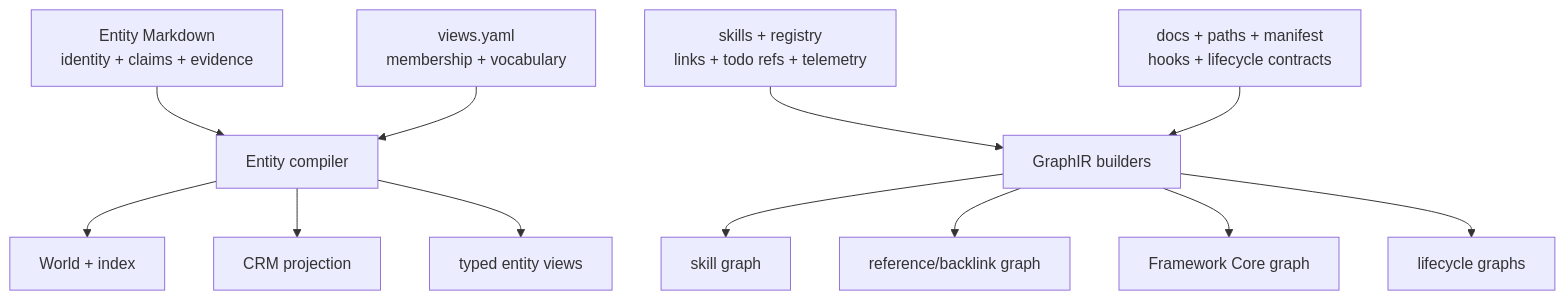
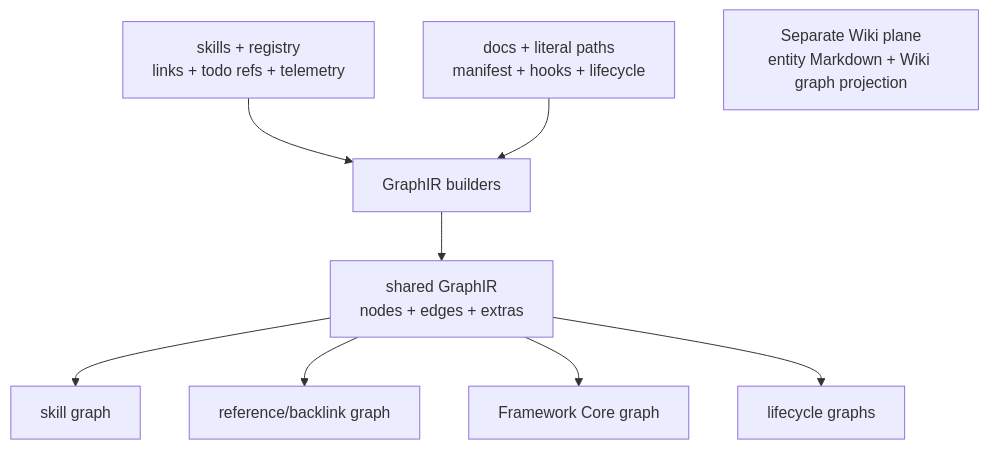
One commit to ZanarkandTechnologies/Farplane changed the diagram in docs/systems/graph-systems.md. Above: the diagram before and after it, drawn with Mermaid. The commit also changed other lines of this file and 110 other files, not shown here.

````diff
--- a/docs/systems/graph-systems.md
+++ b/docs/systems/graph-systems.md
@@ -168,15 +127,11 @@
 ```mermaid
 flowchart TD
-  entityMd["Entity Markdown<br/>identity + claims + evidence"] --> entityCompiler["Entity compiler"]
-  viewSchema["views.yaml<br/>membership + vocabulary"] --> entityCompiler
-  entityCompiler --> world["World + index"]
-  entityCompiler --> crm["CRM projection"]
-  entityCompiler --> typed["typed entity views"]
-
-  skills["skills + registry<br/>links + todo refs + telemetry"] --> graphBuilders["GraphIR builders"]
-  repo["docs + paths + manifest<br/>hooks + lifecycle contracts"] --> graphBuilders
-  graphBuilders --> skillGraph["skill graph"]
-  graphBuilders --> backlinks["reference/backlink graph"]
-  graphBuilders --> framework["Framework Core graph"]
-  graphBuilders --> lifecycle["lifecycle graphs"]
+  skills["skills + registry<br/>links + todo refs + telemetry"] --> builders["GraphIR builders"]
+  repo["docs + literal paths<br/>manifest + hooks + lifecycle"] --> builders
+  builders --> graphir["shared GraphIR<br/>nodes + edges + extras"]
+  graphir --> skillGraph["skill graph"]
+  graphir --> backlinks["reference/backlink graph"]
+  graphir --> framework["Framework Core graph"]
+  graphir --> lifecycle["lifecycle graphs"]
+  wiki["Separate Wiki plane<br/>entity Markdown + Wiki graph projection"]
 ```
````
